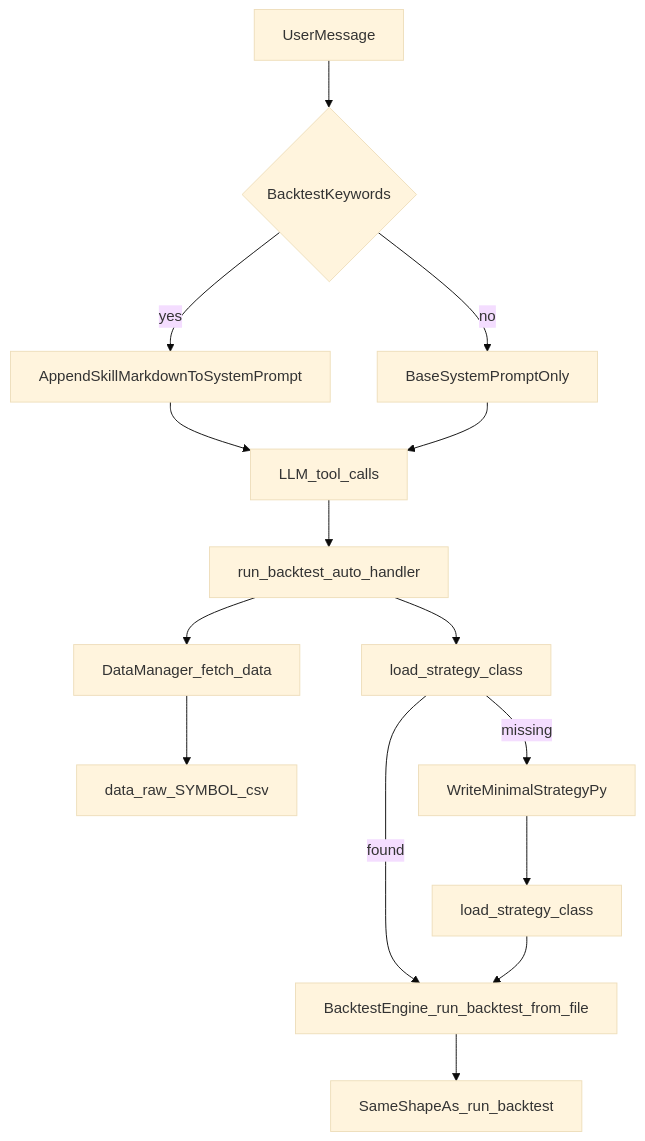
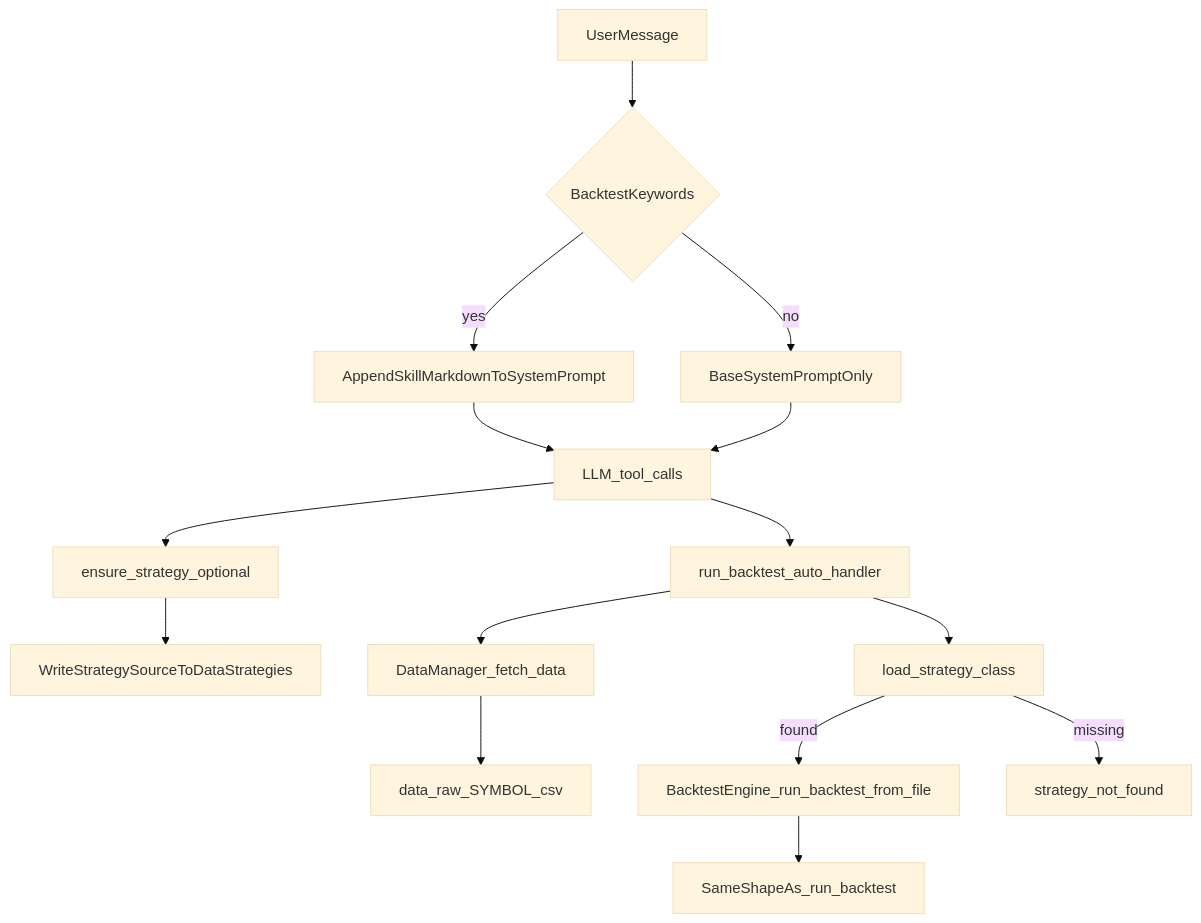
One commit to Delta-F/deltafstation changed the diagram in docs/agent-backtest-skill.md. Above: the diagram before and after it, drawn with Mermaid (base theme). The commit also changed other lines of this file and 4 other files, not shown here.

````diff
--- a/docs/agent-backtest-skill.md
+++ b/docs/agent-backtest-skill.md
@@ -39,17 +39,17 @@
 ```mermaid
 flowchart TD
   userMsg[UserMessage] --> keywordHit{BacktestKeywords}
   keywordHit -->|yes| injectSkill[AppendSkillMarkdownToSystemPrompt]
   keywordHit -->|no| basePrompt[BaseSystemPromptOnly]
   injectSkill --> llm[LLM_tool_calls]
   basePrompt --> llm
+  llm --> ensureTool[ensure_strategy_optional]
+  ensureTool --> writePy[WriteStrategySourceToDataStrategies]
   llm --> toolAuto[run_backtest_auto_handler]
   toolAuto --> dm[DataManager_fetch_data]
   dm --> rawCsv[data_raw_SYMBOL_csv]
   toolAuto --> tryLoad[load_strategy_class]
   tryLoad -->|found| bt[BacktestEngine_run_backtest_from_file]
-  tryLoad -->|missing| writePy[WriteMinimalStrategyPy]
-  writePy --> tryLoad2[load_strategy_class]
-  tryLoad2 --> bt
+  tryLoad -->|missing| notFound[strategy_not_found]
   bt --> resultJson[SameShapeAs_run_backtest]
 ```
````
